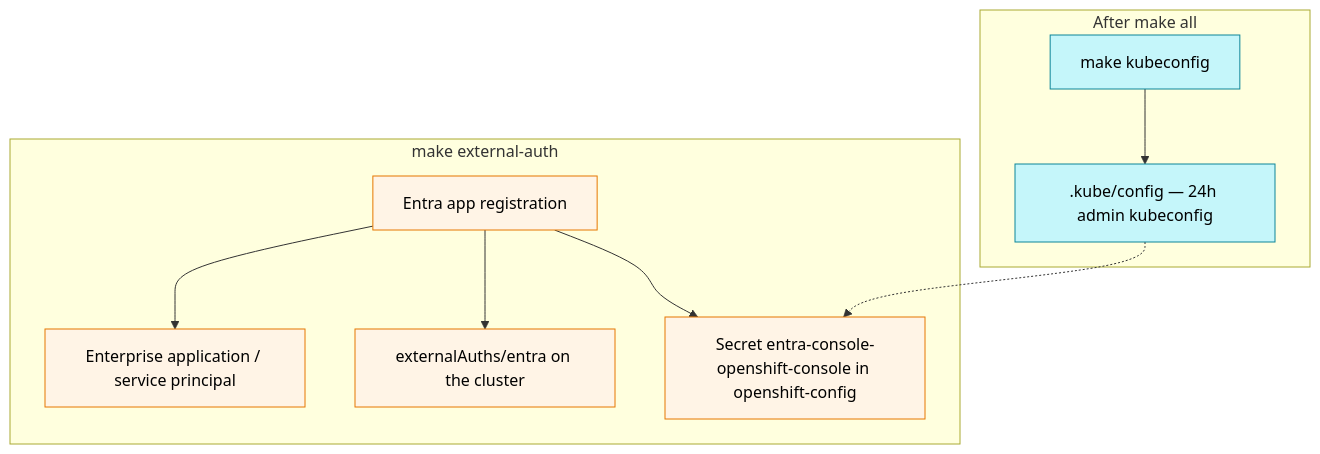
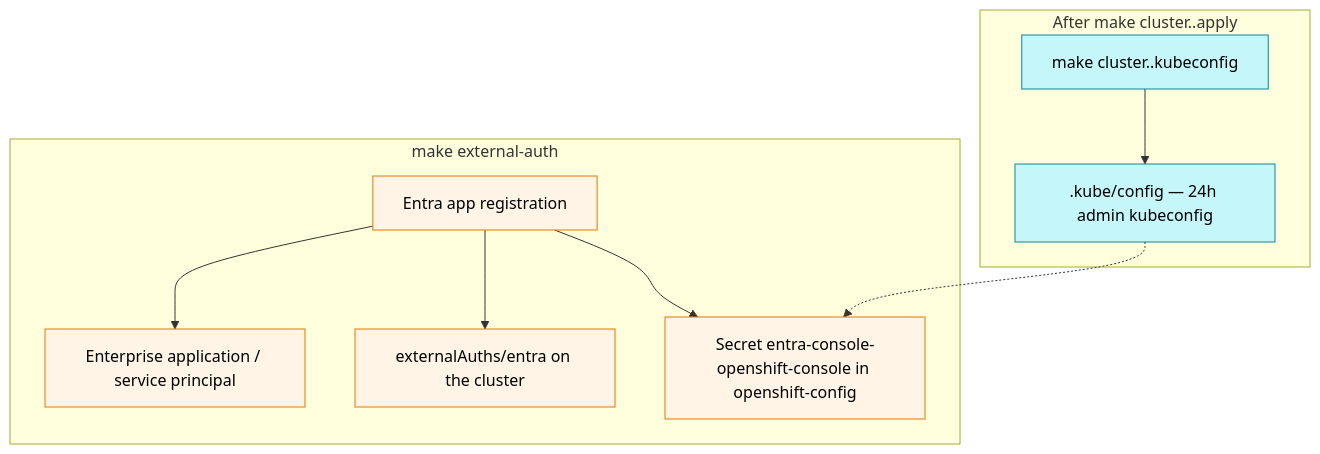
One commit to rh-mobb/aro-hcp changed the ninth of 12 diagrams in docs/architecture.md. Above: the diagram before and after it, drawn with Mermaid. The commit also changed other lines of this file and 95 other files, not shown here.

First line of the commit message:
feat: modular terraform, per-cluster make targets, and operator docs

````diff
--- a/docs/architecture.md
+++ b/docs/architecture.md
@@ -671,25 +685,25 @@
 ```mermaid
 flowchart TB
-    subgraph required["After make all"]
-        cred["make kubeconfig"]
+    subgraph required["After make cluster.<name>.apply"]
+        cred["make cluster.<name>.kubeconfig"]
         kube[".kube/config — 24h admin kubeconfig"]
         cred --> kube
     end
 
     subgraph optional["make external-auth"]
         app["Entra app registration"]
         sp["Enterprise application / service principal"]
         ext["externalAuths/entra on the cluster"]
         secret["Secret entra-console-openshift-console in openshift-config"]
         app --> sp
         app --> ext
         app --> secret
     end
 
     kube -.-> secret
 
     classDef req fill:#c5f6fa,stroke:#0c8599,color:#000
     classDef opt fill:#fff4e6,stroke:#e67700,color:#000
     class cred,kube req
     class app,sp,ext,secret opt
 ```
````
